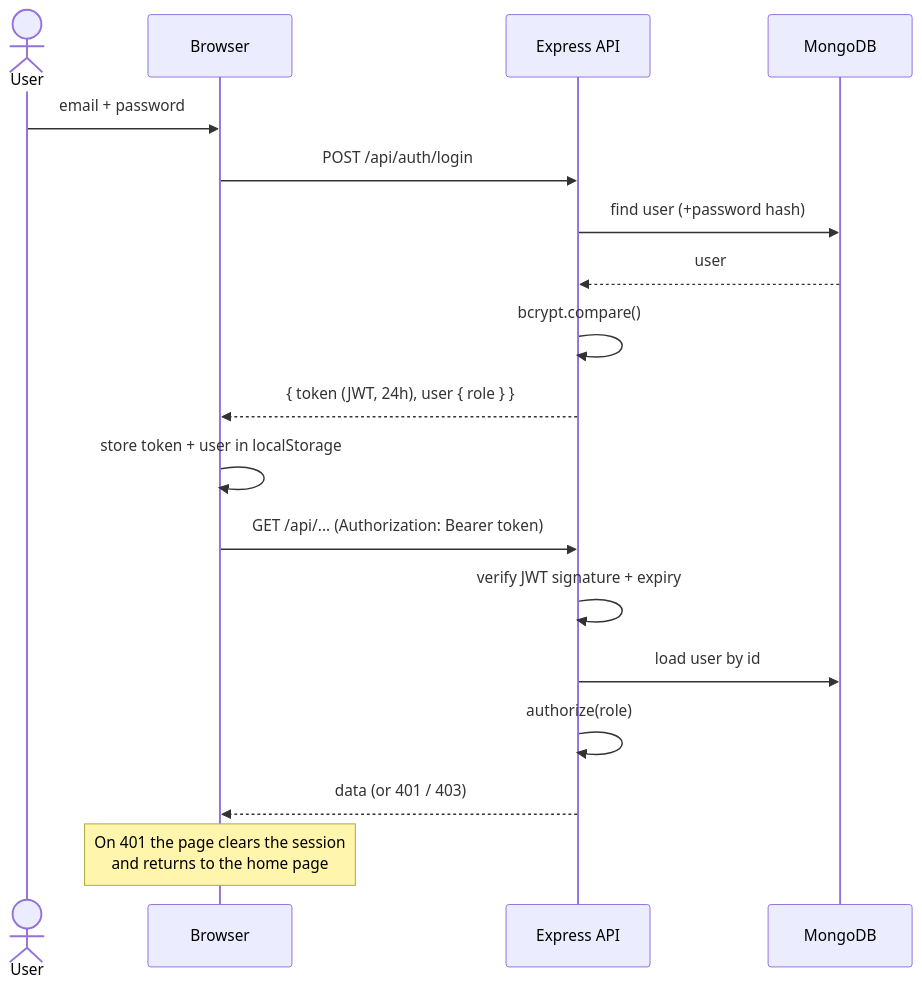
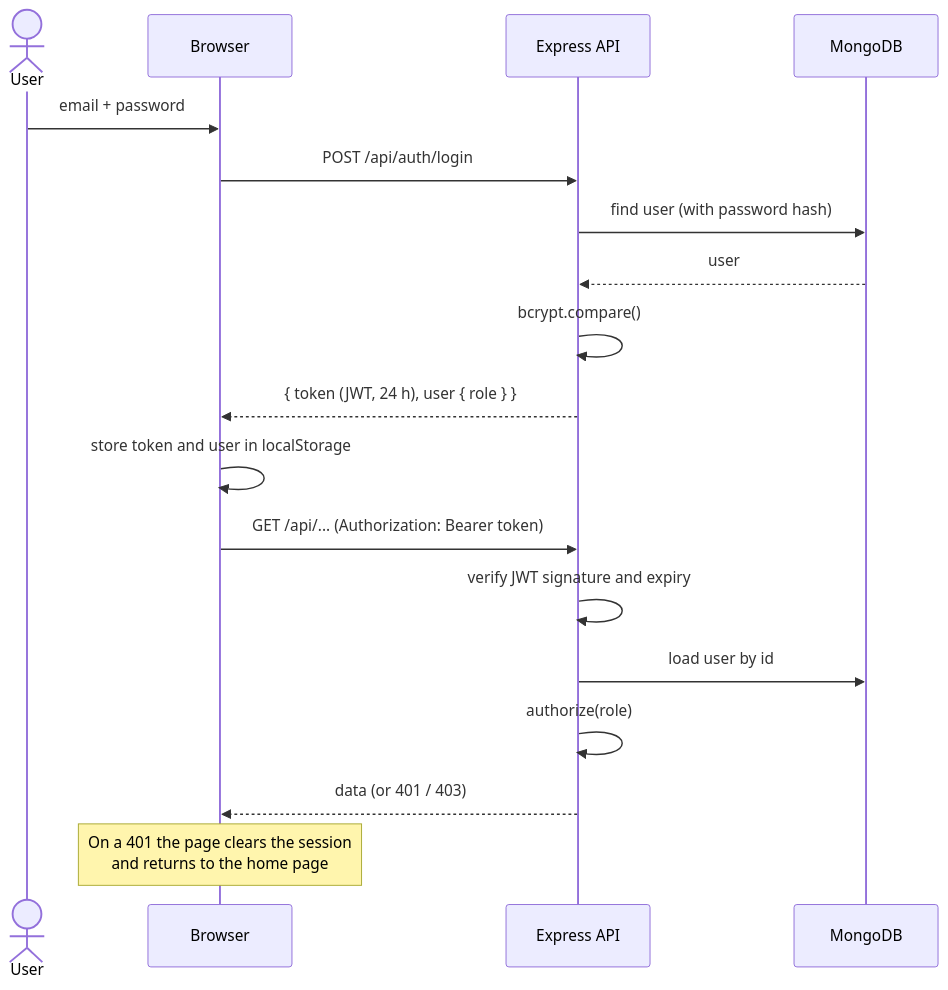
Before and after one commit to UmairBasharti/placement-management-system: the second of 5 diagrams in docs/ARCHITECTURE.md, drawn with Mermaid. The commit also changed other lines of this file and 7 other files, not shown here.

````diff
--- a/docs/ARCHITECTURE.md
+++ b/docs/ARCHITECTURE.md
@@ -43,20 +48,20 @@
 ```mermaid
 sequenceDiagram
     actor U as User
     participant B as Browser
     participant S as Express API
     participant DB as MongoDB
     U->>B: email + password
     B->>S: POST /api/auth/login
-    S->>DB: find user (+password hash)
+    S->>DB: find user (with password hash)
     DB-->>S: user
     S->>S: bcrypt.compare()
-    S-->>B: { token (JWT, 24h), user { role } }
-    B->>B: store token + user in localStorage
+    S-->>B: { token (JWT, 24 h), user { role } }
+    B->>B: store token and user in localStorage
     B->>S: GET /api/... (Authorization: Bearer token)
-    S->>S: verify JWT signature + expiry
+    S->>S: verify JWT signature and expiry
     S->>DB: load user by id
     S->>S: authorize(role)
     S-->>B: data (or 401 / 403)
-    Note over B: On 401 the page clears the session<br/>and returns to the home page
+    Note over B: On a 401 the page clears the session<br/>and returns to the home page
 ```
````
